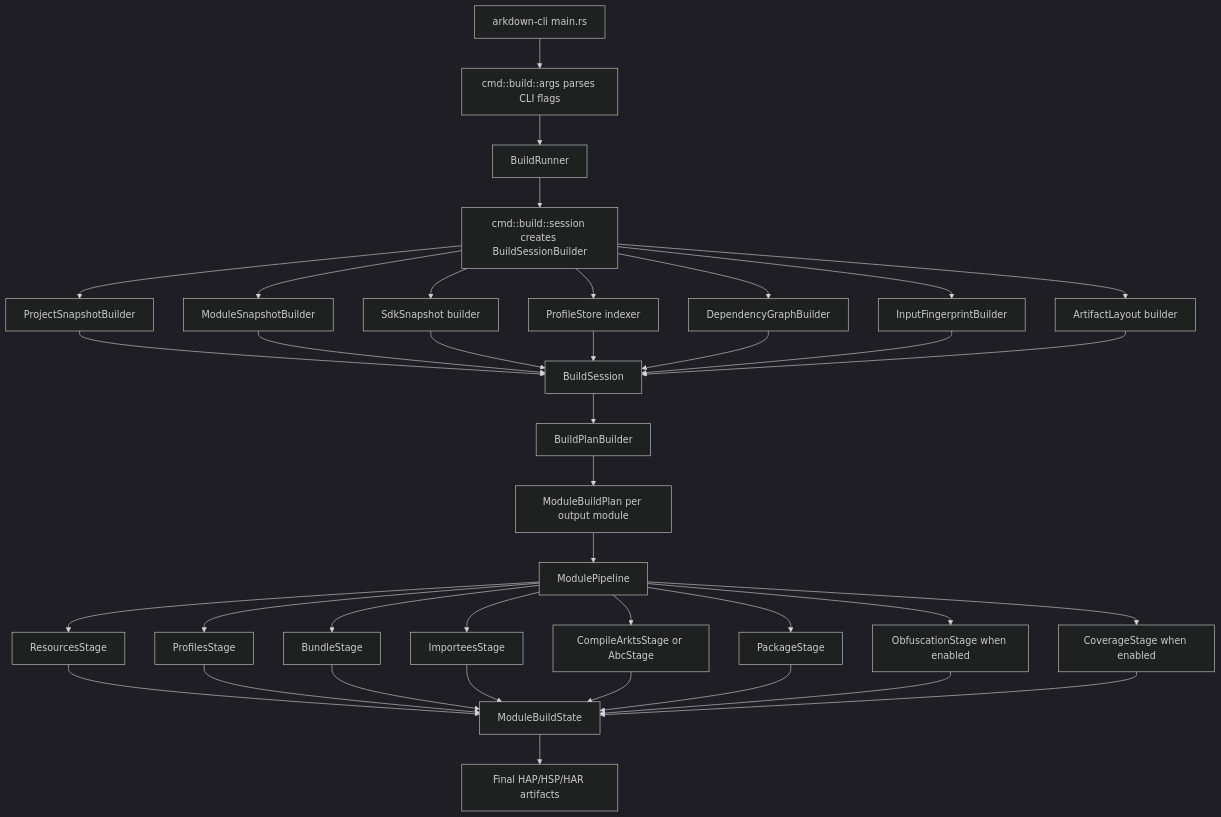
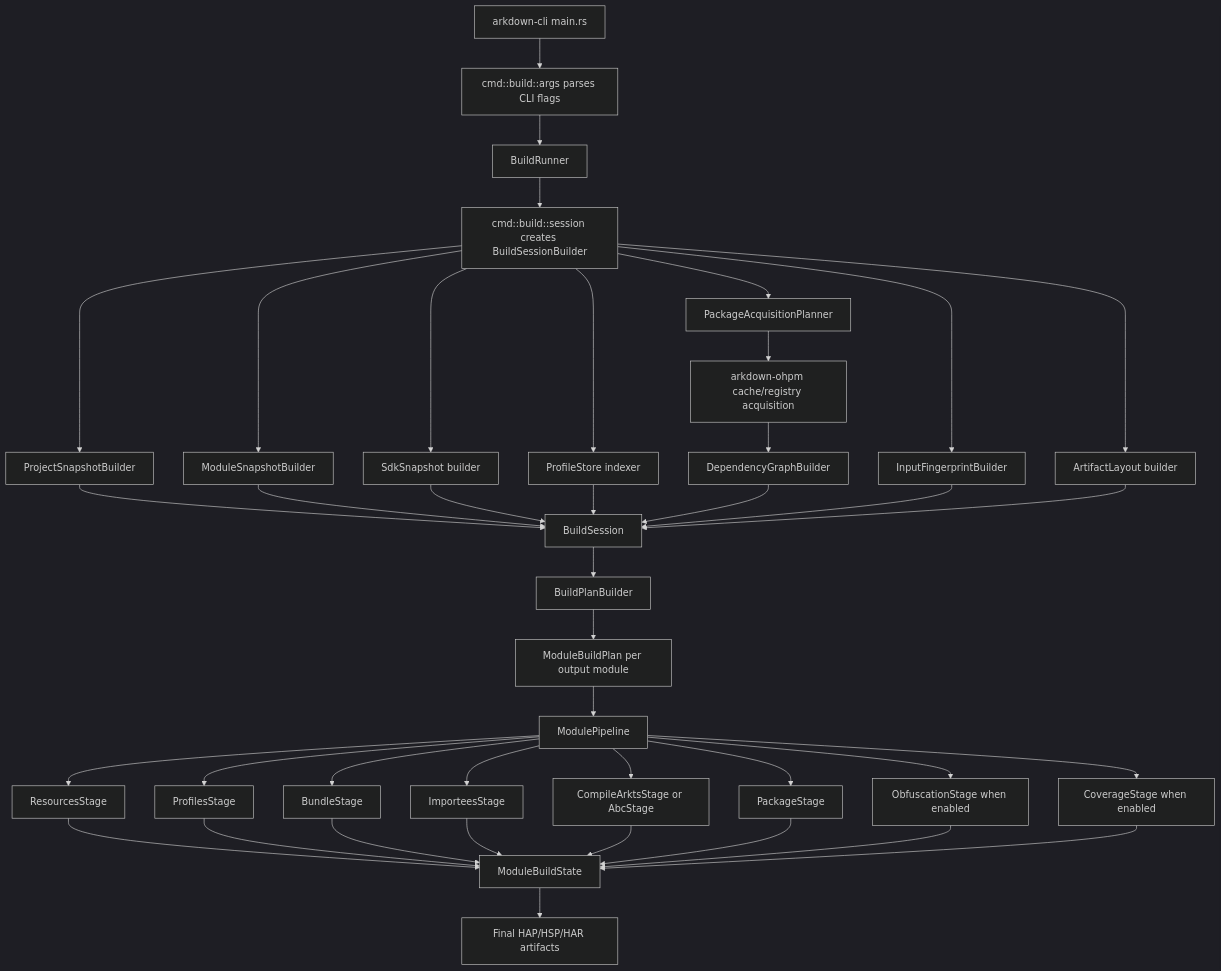
Before and after one commit to richerfu/arkdown: the first of 4 diagrams in meta/tasks/SPEC-048-build-session-architecture-refactor.md, drawn with Mermaid (dark theme). The commit also changed other lines of this file and 31 other files, not shown here.

````diff
--- a/meta/tasks/SPEC-048-build-session-architecture-refactor.md
+++ b/meta/tasks/SPEC-048-build-session-architecture-refactor.md
@@ -1976,45 +2134,47 @@
 ```mermaid
 flowchart TD
     A[arkdown-cli main.rs] --> B[cmd::build::args parses CLI flags]
     B --> C[BuildRunner]
     C --> D[cmd::build::session creates BuildSessionBuilder]
 
     D --> E[ProjectSnapshotBuilder]
     D --> F[ModuleSnapshotBuilder]
     D --> G[SdkSnapshot builder]
     D --> H[ProfileStore indexer]
-    D --> I[DependencyGraphBuilder]
+    D --> I[PackageAcquisitionPlanner]
+    I --> I1[arkdown-ohpm cache/registry acquisition]
+    I1 --> I2[DependencyGraphBuilder]
     D --> J[InputFingerprintBuilder]
     D --> K[ArtifactLayout builder]
 
     E --> L[BuildSession]
     F --> L
     G --> L
     H --> L
-    I --> L
+    I2 --> L
     J --> L
     K --> L
 
     L --> M[BuildPlanBuilder]
     M --> N[ModuleBuildPlan per output module]
     N --> O[ModulePipeline]
 
     O --> P[ResourcesStage]
     O --> Q[ProfilesStage]
     O --> R[BundleStage]
     O --> S[ImporteesStage]
     O --> T[CompileArktsStage or AbcStage]
     O --> U[PackageStage]
     O --> V[ObfuscationStage when enabled]
     O --> W[CoverageStage when enabled]
 
     P --> X[ModuleBuildState]
     Q --> X
     R --> X
     S --> X
     T --> X
     U --> X
     V --> X
     W --> X
     X --> Y[Final HAP/HSP/HAR artifacts]
 ```
````
